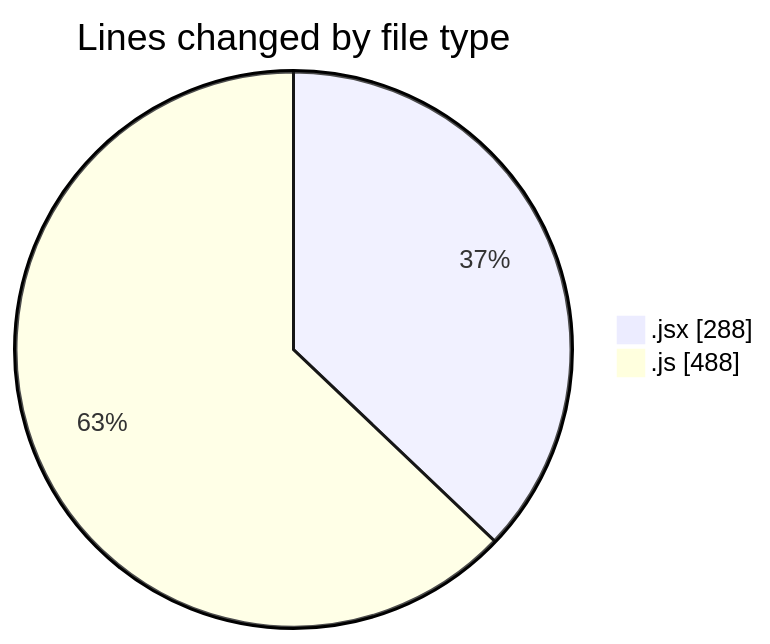
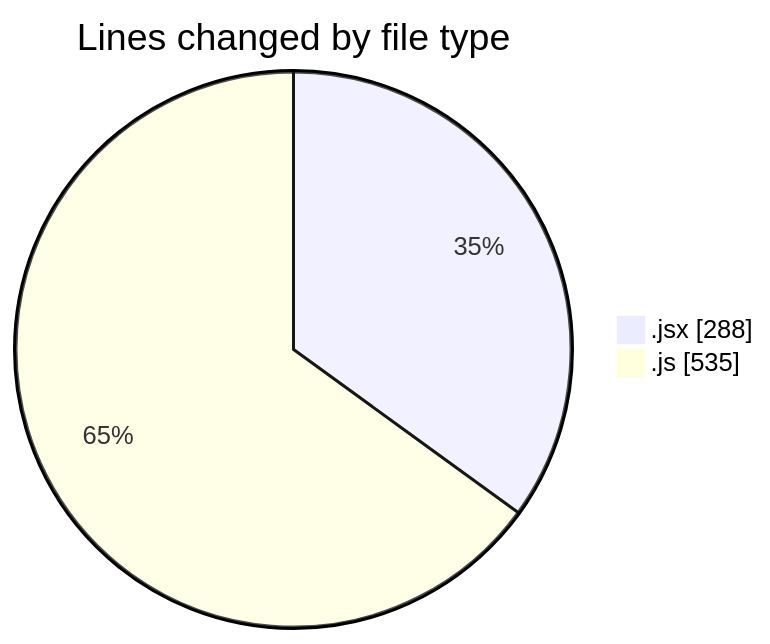
Before and after one commit to nxtqubesakshisongat/code-tracking: the first of 2 diagrams in 2025-06-05/nxtqube_webapp/README.md, drawn with Mermaid. The commit also changed other lines of this file and 1 other file, not shown here.

````diff
--- a/2025-06-05/nxtqube_webapp/README.md
+++ b/2025-06-05/nxtqube_webapp/README.md
@@ -24,6 +25,6 @@
 ```mermaid
 pie showData
 title Lines changed by file type
 ".jsx" : 288
-".js" : 488
+".js" : 535
 ```
````
